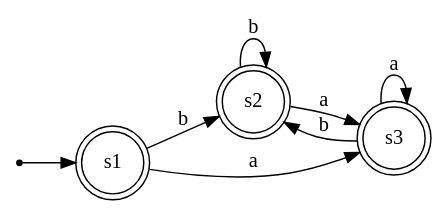
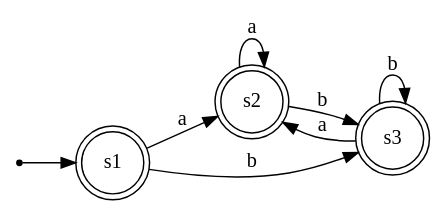
The diagram in img/dfa.gv (vrnch/RE2FA), drawn with Graphviz before and after one commit. The commit also changed 20 other files, not shown here.

```diff
--- a/img/dfa.gv
+++ b/img/dfa.gv
@@ -1,16 +1,16 @@
 digraph deterministic_finite_automaton {
 	rankdir=LR
 	node [shape=doublecircle]
 	s1
 	s2
 	s3
 	node [shape=circle]
-	s1 -> s2 [label=b]
-	s1 -> s3 [label=a]
-	s3 -> s2 [label=b]
-	s3 -> s3 [label=a]
-	s2 -> s2 [label=b]
-	s2 -> s3 [label=a]
+	s1 -> s2 [label=a]
+	s1 -> s3 [label=b]
+	s3 -> s2 [label=a]
+	s3 -> s3 [label=b]
+	s2 -> s2 [label=a]
+	s2 -> s3 [label=b]
 	node [shape=point]
 	"" -> s1
 }
```
